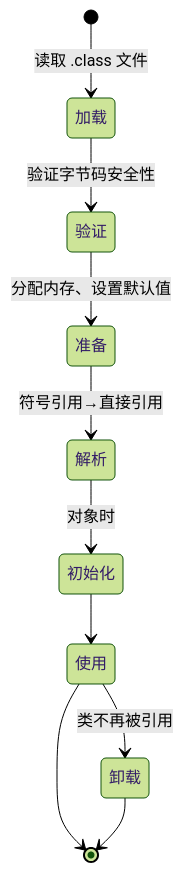
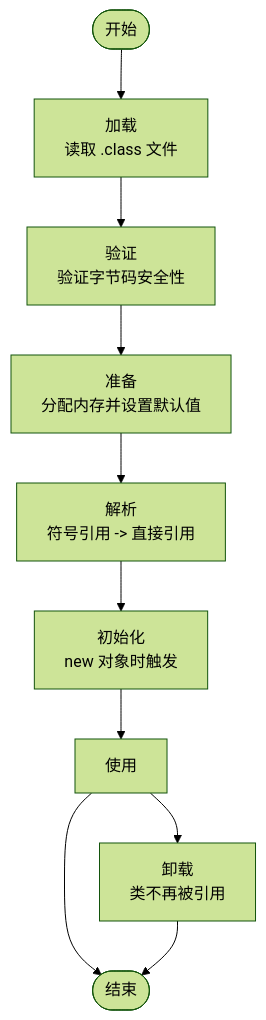
One commit to hibernate-pano/panbo.space changed the tenth of 13 diagrams in src/content/posts/engineering/Java/jvm虚拟机深入理解.md. Above: the diagram before and after it, drawn with Mermaid (forest theme). The commit also changed other lines of this file and 12 other files, not shown here.

Commit message:
feat: add dark theme toggle and stabilize mermaid rendering

````diff
--- a/src/content/posts/engineering/Java/jvm虚拟机深入理解.md
+++ b/src/content/posts/engineering/Java/jvm虚拟机深入理解.md
@@ -416,12 +415,12 @@
 ```mermaid
-stateDiagram-v2
-    [*] --> 加载: 读取 .class 文件
-    加载 --> 验证: 验证字节码安全性
-    验证 --> 准备: 分配内存、设置默认值
-    准备 --> 解析: 符号引用→直接引用
-    解析 --> 初始化: <new> 对象时
-    初始化 --> 使用
-    使用 --> 卸载: 类不再被引用
-    使用 --> [*]
-    卸载 --> [*]
+flowchart TB
+    Start([开始]) --> L["加载<br/>读取 .class 文件"]
+    L --> V["验证<br/>验证字节码安全性"]
+    V --> P["准备<br/>分配内存并设置默认值"]
+    P --> R["解析<br/>符号引用 -> 直接引用"]
+    R --> I["初始化<br/>new 对象时触发"]
+    I --> U["使用"]
+    U --> X["卸载<br/>类不再被引用"]
+    U --> End([结束])
+    X --> End
 ```
````
